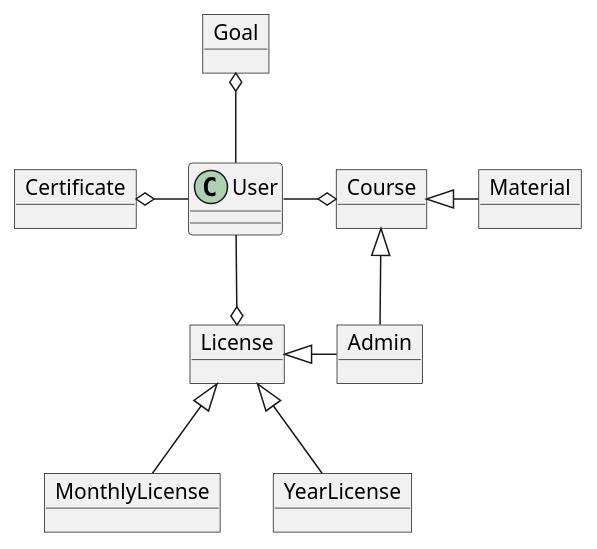
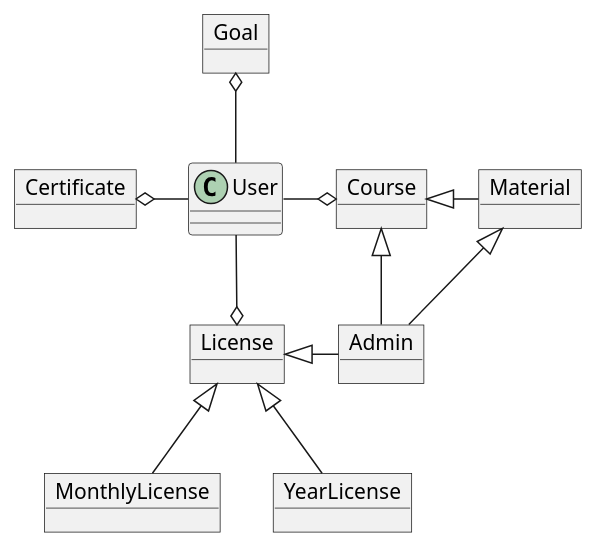
One commit to Rene061089/PlatumlDomeaneModdelering changed the diagram in src/DomæneModellering.puml. Above: the diagram before and after it, drawn with PlantUML.

Commit message:
rettet pile til med is-a and has-a

```diff
--- a/src/DomæneModellering.puml
+++ b/src/DomæneModellering.puml
@@ -1,29 +1,30 @@
 @startuml
 class User{
 }
 
 object Goal
 object Admin
 object MonthlyLicense
 object YearLicense
 object Course
 object Certificate
 object Material
 object License
 
 
 Goal o-down-User
 User -down-o License
 User -left-o Certificate
 Course o-left- User
 
 
 License <|-down- MonthlyLicense
 License <|-down-  YearLicense
 
 Course <|-right- Material
 
 License <|-right- Admin
 Course <|-down- Admin
+Material <|-down- Admin
 
 @enduml
```
